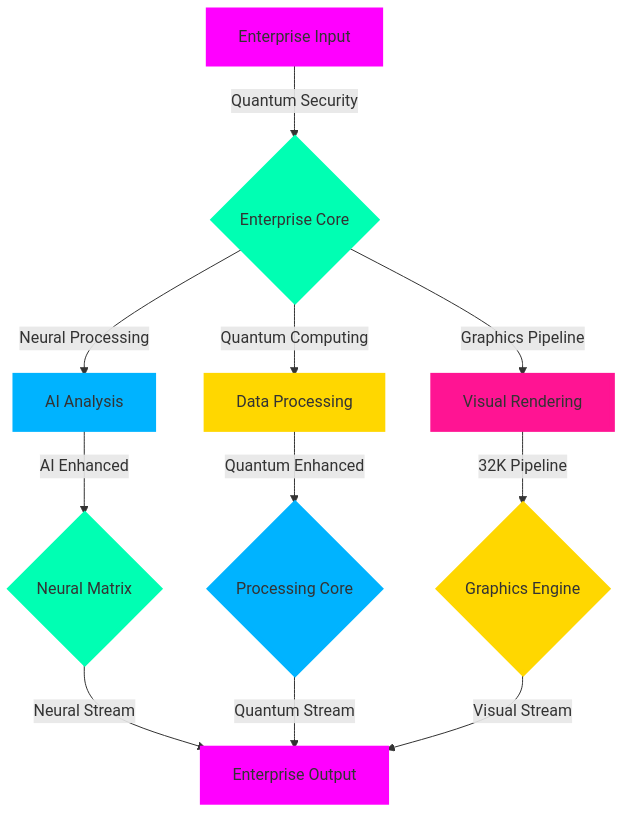
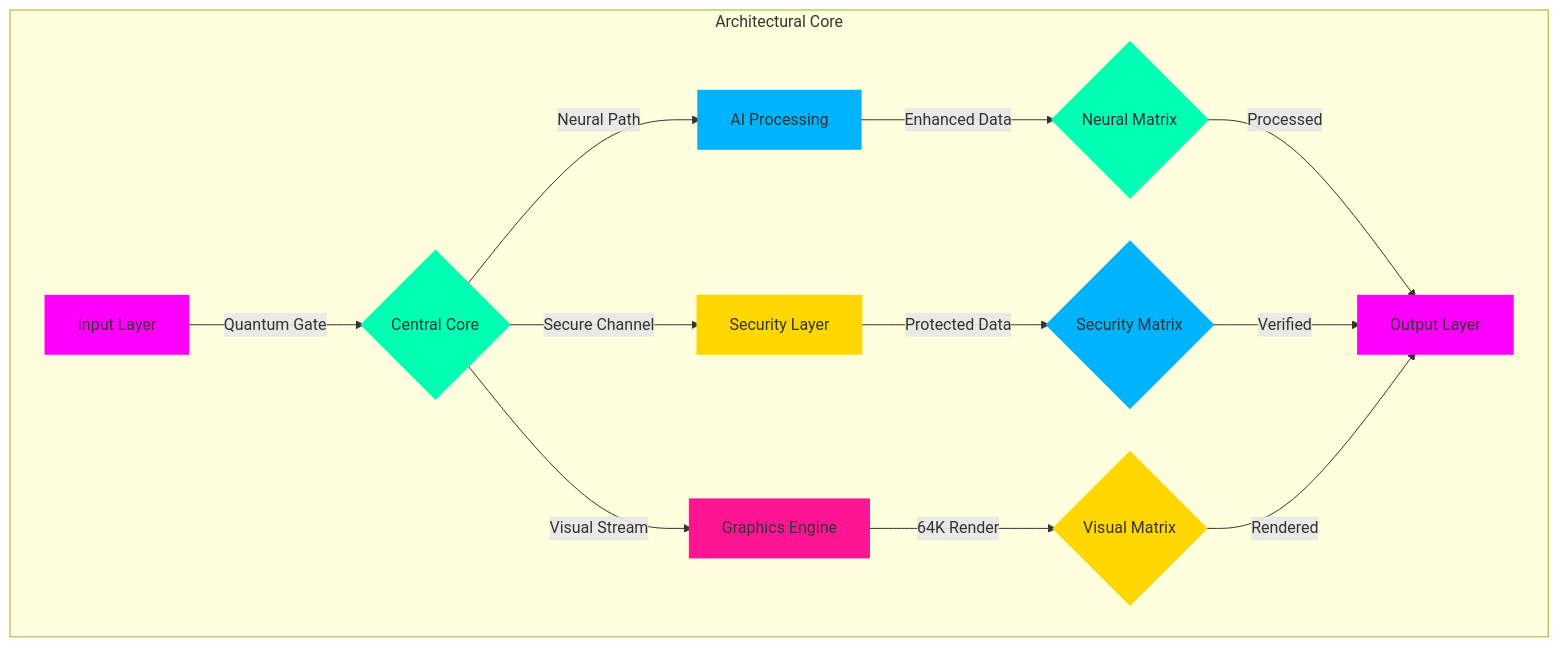
Before and after one commit to mohammadrmmr2003/rubikatelbot: the diagram in README.md, drawn with Mermaid. The commit also changed other lines of this file, not shown here.

````diff
--- a/README.md
+++ b/README.md
@@ -167,23 +190,27 @@
 ```mermaid
 graph TD
-    A[Enterprise Input] -->|Quantum Security| B{Enterprise Core}
-    B -->|Neural Processing| C[AI Analysis]
-    B -->|Quantum Computing| D[Data Processing]
-    B -->|Graphics Pipeline| E[Visual Rendering]
-    C -->|AI Enhanced| F{Neural Matrix}
-    D -->|Quantum Enhanced| G{Processing Core}
-    E -->|32K Pipeline| H{Graphics Engine}
-    F -->|Neural Stream| I[Enterprise Output]
-    G -->|Quantum Stream| I
-    H -->|Visual Stream| I
+    subgraph "Architectural Core"
+        A[Input Layer] -->|Quantum Gate| B{Central Core}
+        B -->|Neural Path| C[AI Processing]
+        B -->|Secure Channel| D[Security Layer]
+        B -->|Visual Stream| E[Graphics Engine]
+        
+        C -->|Enhanced Data| F{Neural Matrix}
+        D -->|Protected Data| G{Security Matrix}
+        E -->|64K Render| H{Visual Matrix}
+        
+        F -->|Processed| I[Output Layer]
+        G -->|Verified| I
+        H -->|Rendered| I
+    end
     
-    style A fill:#FF00FF,stroke:#FF00FF,stroke-width:5px
-    style B fill:#00FFB3,stroke:#00FFB3,stroke-width:5px
-    style C fill:#00B3FF,stroke:#00B3FF,stroke-width:5px
-    style D fill:#FFD700,stroke:#FFD700,stroke-width:5px
-    style E fill:#FF1493,stroke:#FF1493,stroke-width:5px
-    style F fill:#00FFB3,stroke:#00FFB3,stroke-width:5px
-    style G fill:#00B3FF,stroke:#00B3FF,stroke-width:5px
-    style H fill:#FFD700,stroke:#FFD700,stroke-width:5px
-    style I fill:#FF00FF,stroke:#FF00FF,stroke-width:5px
+    style A fill:#FF00FF,stroke:#FF00FF,stroke-width:6px
+    style B fill:#00FFB3,stroke:#00FFB3,stroke-width:6px
+    style C fill:#00B3FF,stroke:#00B3FF,stroke-width:6px
+    style D fill:#FFD700,stroke:#FFD700,stroke-width:6px
+    style E fill:#FF1493,stroke:#FF1493,stroke-width:6px
+    style F fill:#00FFB3,stroke:#00FFB3,stroke-width:6px
+    style G fill:#00B3FF,stroke:#00B3FF,stroke-width:6px
+    style H fill:#FFD700,stroke:#FFD700,stroke-width:6px
+    style I fill:#FF00FF,stroke:#FF00FF,stroke-width:6px
 ```
````
